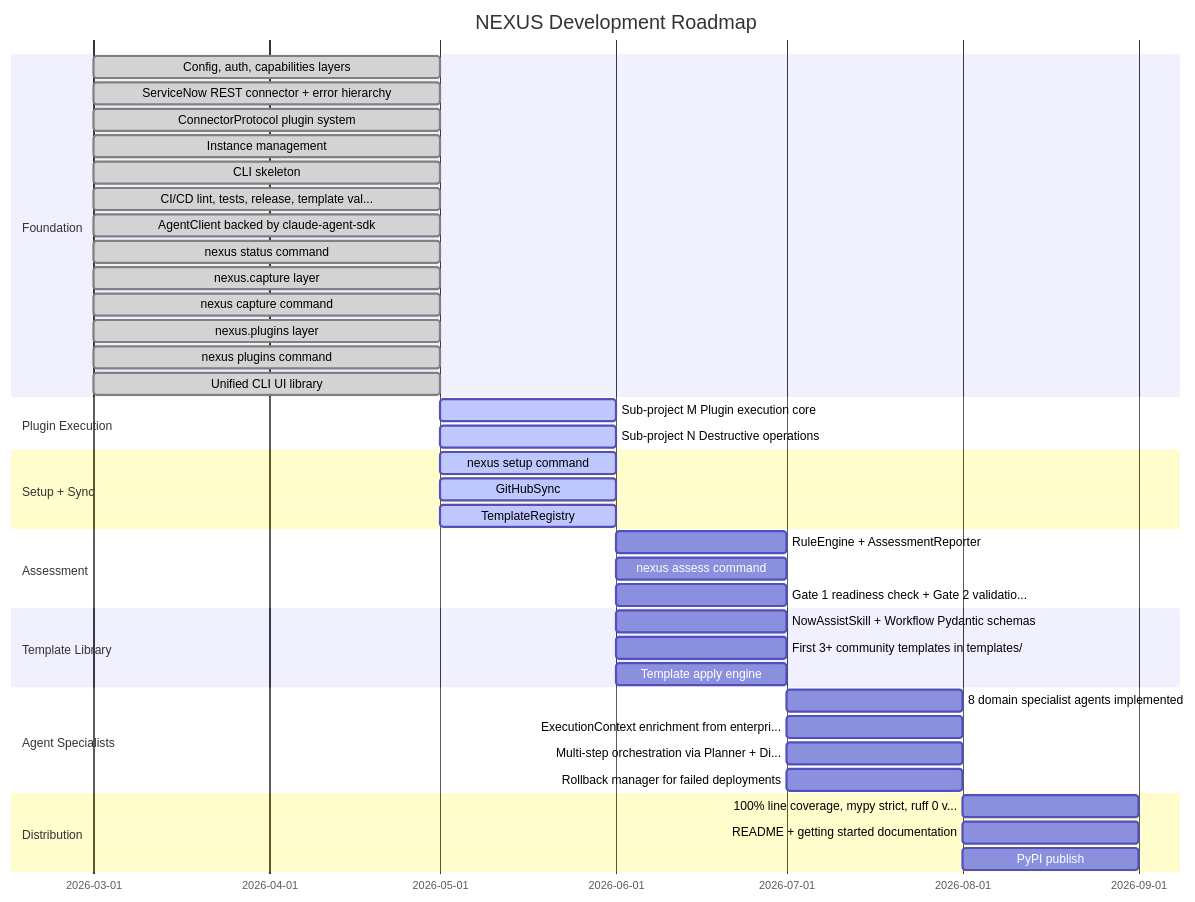
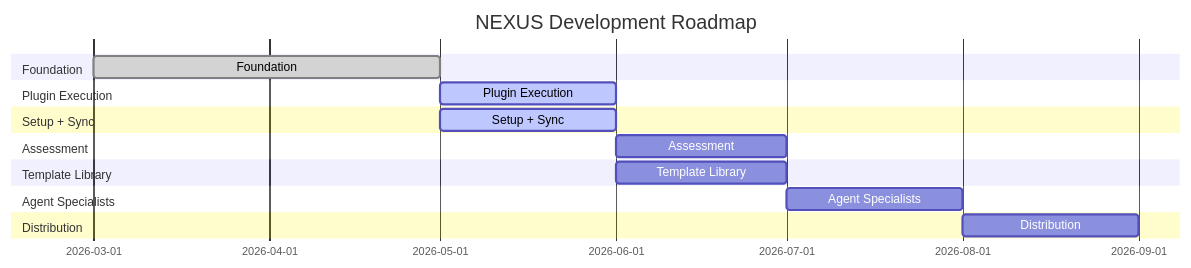
Before and after one commit to pierregrothe/nexus-sn: the second of 3 diagrams in README.md, drawn with Mermaid. The commit also changed 1 other file, not shown here.

Commit message:
fix(scripts): one bar per section in Gantt -- labels always fit
Per-item bars with 44-char labels overflowed their boxes in GitHub
because 1-2 month bars are too narrow to hold long text. Switched to
one summary bar per roadmap section (milestone timeline view). Labels
are now 10-20 chars -- Foundation, Plugin Execution, Setup + Sync, etc.
-- and will always fit inside the rendered bar.

````diff
--- a/README.md
+++ b/README.md
@@ -79,43 +79,19 @@
 ```mermaid
 gantt
     title NEXUS Development Roadmap
     dateFormat YYYY-MM
     section Foundation
-        Config, auth, capabilities layers            :done, 2026-03, 2026-05
-        ServiceNow REST connector + error hierarchy  :done, 2026-03, 2026-05
-        ConnectorProtocol plugin system              :done, 2026-03, 2026-05
-        Instance management                          :done, 2026-03, 2026-05
-        CLI skeleton                                 :done, 2026-03, 2026-05
-        CI/CD lint, tests, release, template val...  :done, 2026-03, 2026-05
-        AgentClient backed by claude-agent-sdk       :done, 2026-03, 2026-05
-        nexus status command                         :done, 2026-03, 2026-05
-        nexus.capture layer                          :done, 2026-03, 2026-05
-        nexus capture command                        :done, 2026-03, 2026-05
-        nexus.plugins layer                          :done, 2026-03, 2026-05
-        nexus plugins command                        :done, 2026-03, 2026-05
-        Unified CLI UI library                       :done, 2026-03, 2026-05
+        Foundation                   :done, 2026-03, 2026-05
     section Plugin Execution
-        Sub-project M Plugin execution core          :active, 2026-05, 2026-06
-        Sub-project N Destructive operations         :active, 2026-05, 2026-06
+        Plugin Execution             :active, 2026-05, 2026-06
     section Setup + Sync
-        nexus setup command                          :active, 2026-05, 2026-06
-        GitHubSync                                   :active, 2026-05, 2026-06
-        TemplateRegistry                             :active, 2026-05, 2026-06
+        Setup + Sync                 :active, 2026-05, 2026-06
     section Assessment
-        RuleEngine + AssessmentReporter              : 2026-06, 2026-07
-        nexus assess command                         : 2026-06, 2026-07
-        Gate 1 readiness check + Gate 2 validatio... : 2026-06, 2026-07
+        Assessment                   : 2026-06, 2026-07
     section Template Library
-        NowAssistSkill + Workflow Pydantic schemas   : 2026-06, 2026-07
-        First 3+ community templates in templates/   : 2026-06, 2026-07
-        Template apply engine                        : 2026-06, 2026-07
+        Template Library             : 2026-06, 2026-07
     section Agent Specialists
-        8 domain specialist agents implemented       : 2026-07, 2026-08
-        ExecutionContext enrichment from enterpri... : 2026-07, 2026-08
-        Multi-step orchestration via Planner + Di... : 2026-07, 2026-08
-        Rollback manager for failed deployments      : 2026-07, 2026-08
+        Agent Specialists            : 2026-07, 2026-08
     section Distribution
-        100% line coverage, mypy strict, ruff 0 v... : 2026-08, 2026-09
-        README + getting started documentation       : 2026-08, 2026-09
-        PyPI publish                                 : 2026-08, 2026-09
+        Distribution                 : 2026-08, 2026-09
 ```
````
